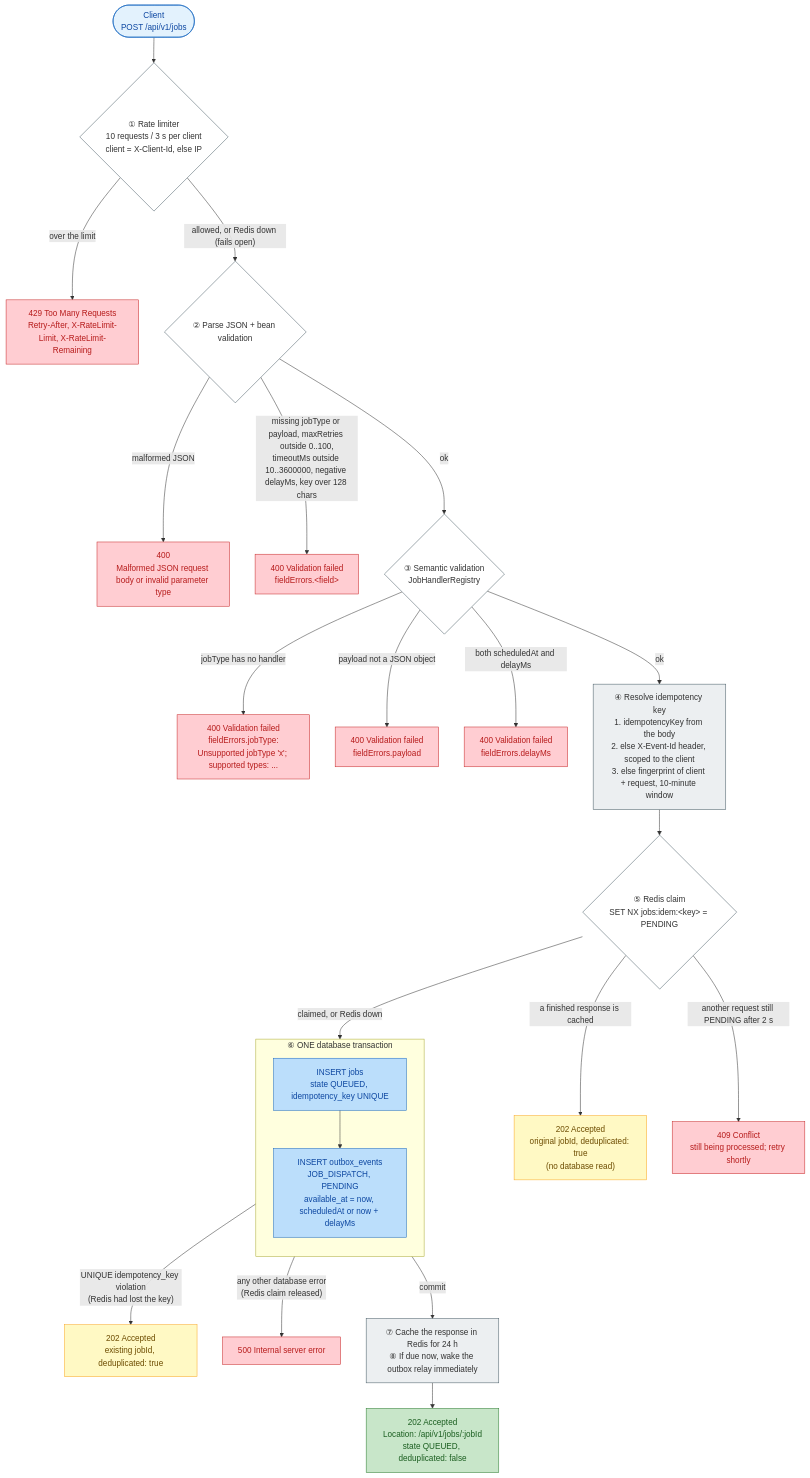
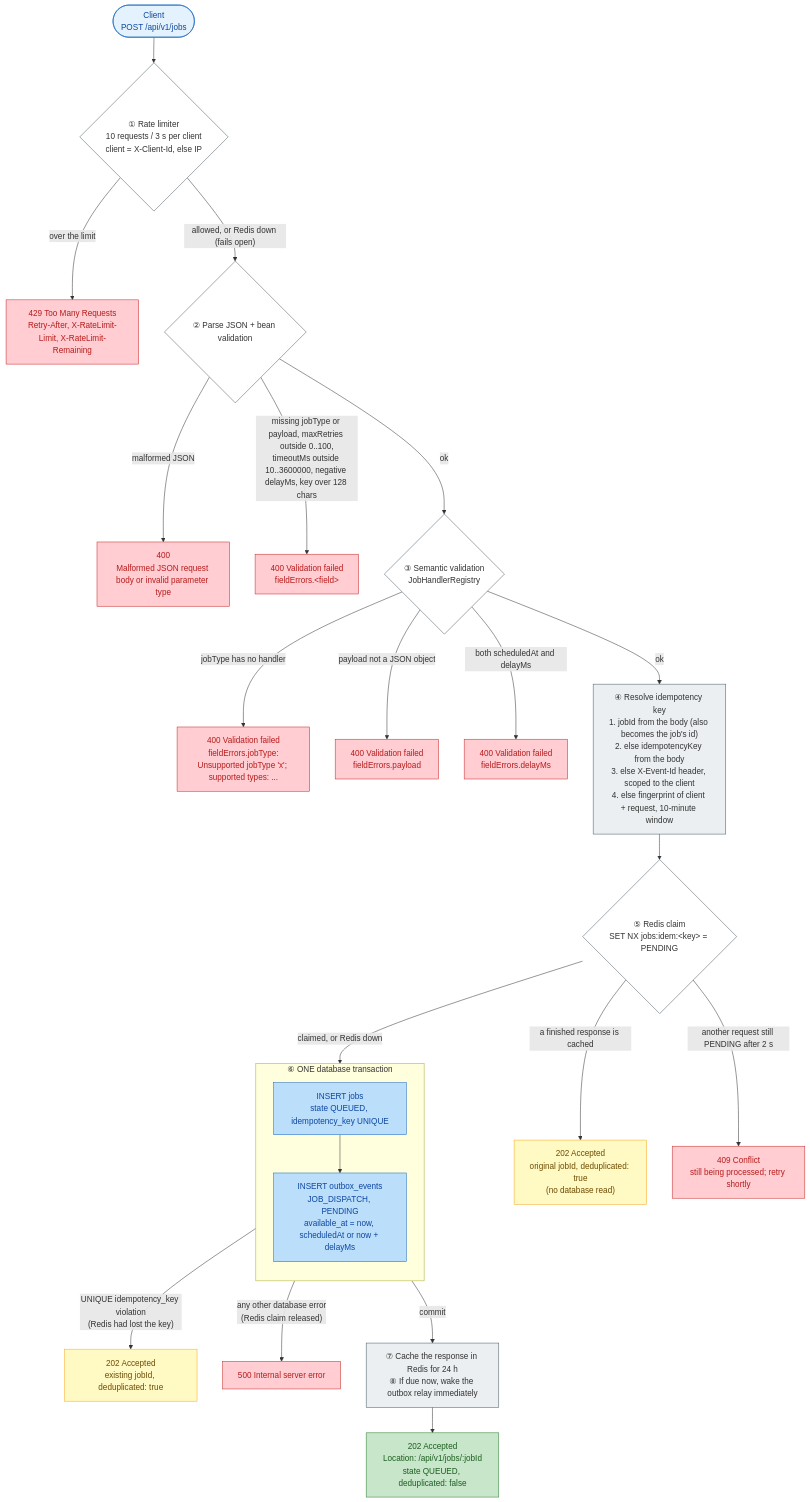
The first of 3 diagrams in README.md (piousbrat/asyncJobProcPipeline), drawn with Mermaid before and after one commit. The commit also changed other lines of this file and 9 other files, not shown here.

Commit message:
Accept an optional client-supplied jobId as the job's id and idempotency key (#9)

````diff
--- a/README.md
+++ b/README.md
@@ -96,49 +96,49 @@
 ```mermaid
 flowchart TD
     C(["Client<br/>POST /api/v1/jobs"]):::client
 
     C --> RL{"① Rate limiter<br/>10 requests / 3 s per client<br/>client = X-Client-Id, else IP"}:::check
     RL -- "over the limit" --> E429["429 Too Many Requests<br/>Retry-After, X-RateLimit-Limit, X-RateLimit-Remaining"]:::reject
     RL -- "allowed, or Redis down (fails open)" --> BV
 
     BV{"② Parse JSON + bean validation"}:::check
     BV -- "malformed JSON" --> E400a["400<br/>Malformed JSON request body or invalid parameter type"]:::reject
     BV -- "missing jobType or payload, maxRetries outside 0..100,<br/>timeoutMs outside 10..3600000, negative delayMs, key over 128 chars" --> E400b["400 Validation failed<br/>fieldErrors.&lt;field&gt;"]:::reject
     BV -- "ok" --> SV
 
     SV{"③ Semantic validation<br/>JobHandlerRegistry"}:::check
     SV -- "jobType has no handler" --> E400c["400 Validation failed<br/>fieldErrors.jobType:<br/>Unsupported jobType 'x'; supported types: ..."]:::reject
     SV -- "payload not a JSON object" --> E400d["400 Validation failed<br/>fieldErrors.payload"]:::reject
     SV -- "both scheduledAt and delayMs" --> E400e["400 Validation failed<br/>fieldErrors.delayMs"]:::reject
     SV -- "ok" --> KEY
 
-    KEY["④ Resolve idempotency key<br/>1. idempotencyKey from the body<br/>2. else X-Event-Id header, scoped to the client<br/>3. else fingerprint of client + request, 10-minute window"]:::step
+    KEY["④ Resolve idempotency key<br/>1. jobId from the body (also becomes the job's id)<br/>2. else idempotencyKey from the body<br/>3. else X-Event-Id header, scoped to the client<br/>4. else fingerprint of client + request, 10-minute window"]:::step
     KEY --> RC
 
     RC{"⑤ Redis claim<br/>SET NX jobs:idem:&lt;key&gt; = PENDING"}:::check
     RC -- "a finished response is cached" --> D1["202 Accepted<br/>original jobId, deduplicated: true<br/>(no database read)"]:::dedup
     RC -- "another request still PENDING after 2 s" --> E409["409 Conflict<br/>still being processed; retry shortly"]:::reject
     RC -- "claimed, or Redis down" --> TX
 
     subgraph TX["⑥ ONE database transaction"]
         direction TB
         J["INSERT jobs<br/>state QUEUED, idempotency_key UNIQUE"]:::db
         O["INSERT outbox_events<br/>JOB_DISPATCH, PENDING<br/>available_at = now, scheduledAt or now + delayMs"]:::db
         J --> O
     end
 
     TX -- "UNIQUE idempotency_key violation<br/>(Redis had lost the key)" --> D2["202 Accepted<br/>existing jobId, deduplicated: true"]:::dedup
     TX -- "any other database error<br/>(Redis claim released)" --> E500["500 Internal server error"]:::reject
     TX -- "commit" --> AFTER
 
     AFTER["⑦ Cache the response in Redis for 24 h<br/>⑧ If due now, wake the outbox relay immediately"]:::step
     AFTER --> A202["202 Accepted<br/>Location: /api/v1/jobs/:jobId<br/>state QUEUED, deduplicated: false"]:::accept
 
     classDef client fill:#e3f2fd,stroke:#1565c0,color:#0d47a1
     classDef check fill:#fff,stroke:#455a64
     classDef step fill:#eceff1,stroke:#455a64
     classDef db fill:#bbdefb,stroke:#1565c0,color:#0d47a1
     classDef reject fill:#ffcdd2,stroke:#c62828,color:#b71c1c
     classDef dedup fill:#fff9c4,stroke:#f9a825,color:#6d4c00
     classDef accept fill:#c8e6c9,stroke:#2e7d32,color:#1b5e20
 ```
````
